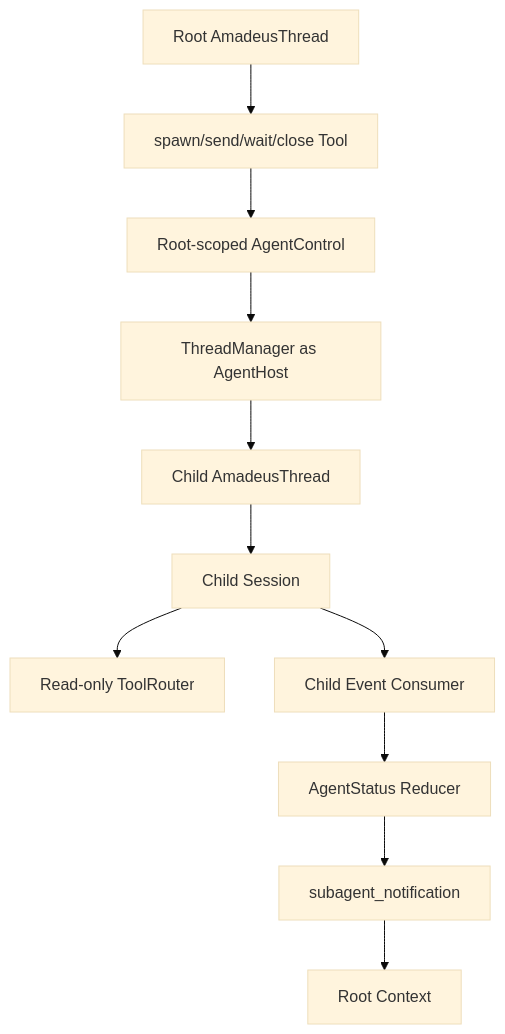
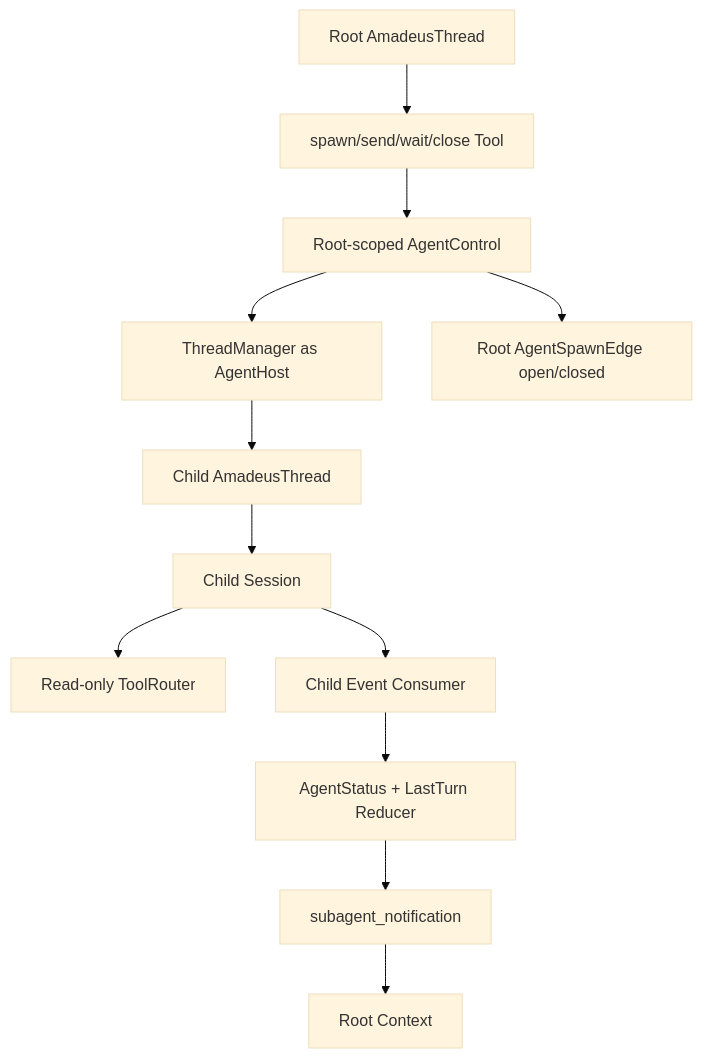
One commit to Godric-W/Amadeus changed diagram 19 of 23 in docs/architecture-whitepaper.md. Above: the diagram before and after it, drawn with Mermaid (base theme). The commit also changed other lines of this file and 60 other files, not shown here.

````diff
--- a/docs/architecture-whitepaper.md
+++ b/docs/architecture-whitepaper.md
@@ -1053,25 +1056,27 @@
 ```mermaid
 flowchart TB
     Root[Root AmadeusThread]
     Tools[spawn/send/wait/close Tool]
     Control[Root-scoped AgentControl]
     Host[ThreadManager as AgentHost]
     Child[Child AmadeusThread]
     ChildSession[Child Session]
     ReadOnly[Read-only ToolRouter]
     Events[Child Event Consumer]
-    Status[AgentStatus Reducer]
+    Status[AgentStatus + LastTurn Reducer]
+    Edge[Root AgentSpawnEdge open/closed]
     Notify[subagent_notification]
     ParentContext[Root Context]
 
     Root --> Tools
     Tools --> Control
+    Control --> Edge
     Control --> Host
     Host --> Child
     Child --> ChildSession
     ChildSession --> ReadOnly
     ChildSession --> Events
     Events --> Status
     Status --> Notify
     Notify --> ParentContext
 ```
````
